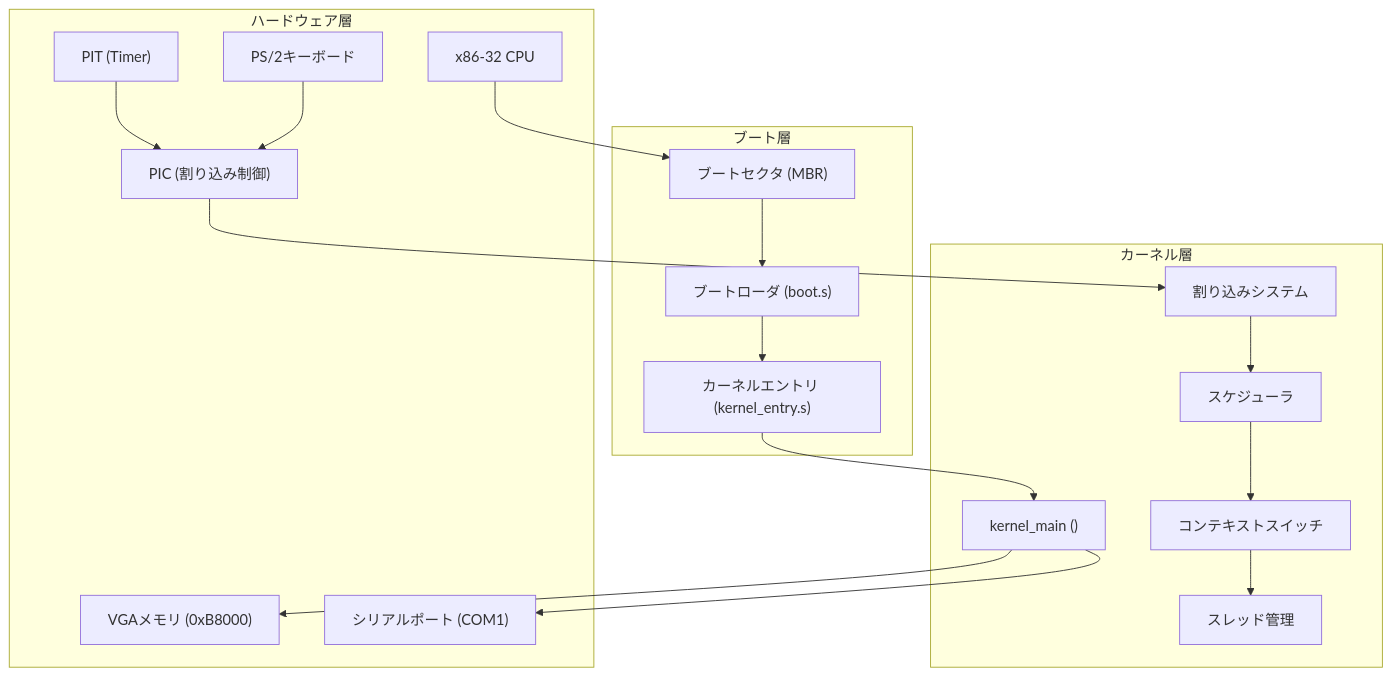
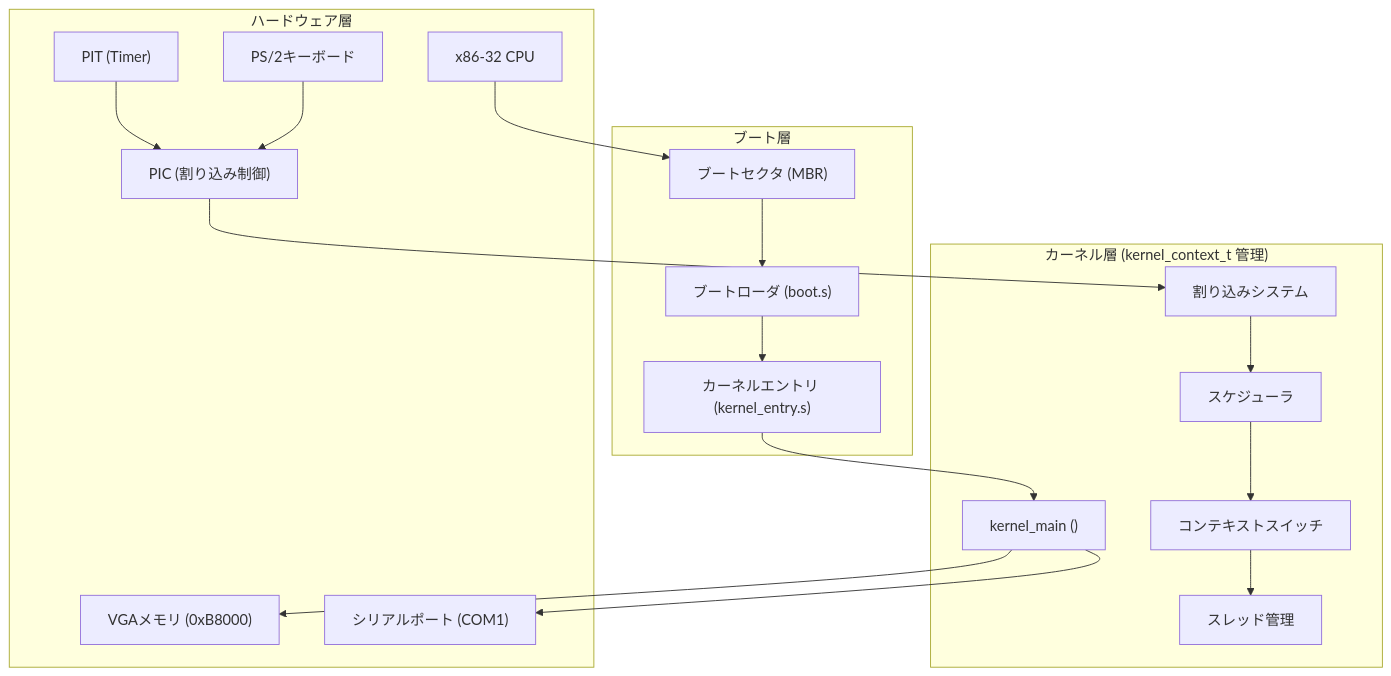
The second of 28 diagrams in docs/ARCHITECTURE_ja.md (sokoide/mini-os), drawn with Mermaid before and after one commit. The commit also changed other lines of this file and 4 other files, not shown here.

````diff
--- a/docs/ARCHITECTURE_ja.md
+++ b/docs/ARCHITECTURE_ja.md
@@ -99,40 +100,40 @@
 ```mermaid
 graph TB
     subgraph "ハードウェア層"
         CPU[x86-32 CPU]
         TIMER[PIT #40;Timer#41;]
         PIC[PIC #40;割り込み制御#41;]
         VGA[VGAメモリ #40;0xB8000#41;]
         SERIAL[シリアルポート #40;COM1#41;]
         KEYBOARD[PS/2キーボード]
     end
 
     subgraph "ブート層"
         MBR[ブートセクタ #40;MBR#41;]
         BOOTLOADER[ブートローダ #40;boot.s#41;]
         KERNEL_ENTRY[カーネルエントリ #40;kernel_entry.s#41;]
     end
 
-    subgraph "カーネル層"
+    subgraph "カーネル層 (kernel_context_t 管理)"
         KERNEL_MAIN[kernel_main #40;#41;]
         INTERRUPT_SYS[割り込みシステム]
         SCHEDULER[スケジューラ]
         THREADS[スレッド管理]
         CONTEXT_SWITCH[コンテキストスイッチ]
     end
 
     CPU --> MBR
     MBR --> BOOTLOADER
     BOOTLOADER --> KERNEL_ENTRY
     KERNEL_ENTRY --> KERNEL_MAIN
 
     TIMER --> PIC
     KEYBOARD --> PIC
     PIC --> INTERRUPT_SYS
     INTERRUPT_SYS --> SCHEDULER
     SCHEDULER --> CONTEXT_SWITCH
     CONTEXT_SWITCH --> THREADS
 
     KERNEL_MAIN --> VGA
     KERNEL_MAIN --> SERIAL
 ```
````
